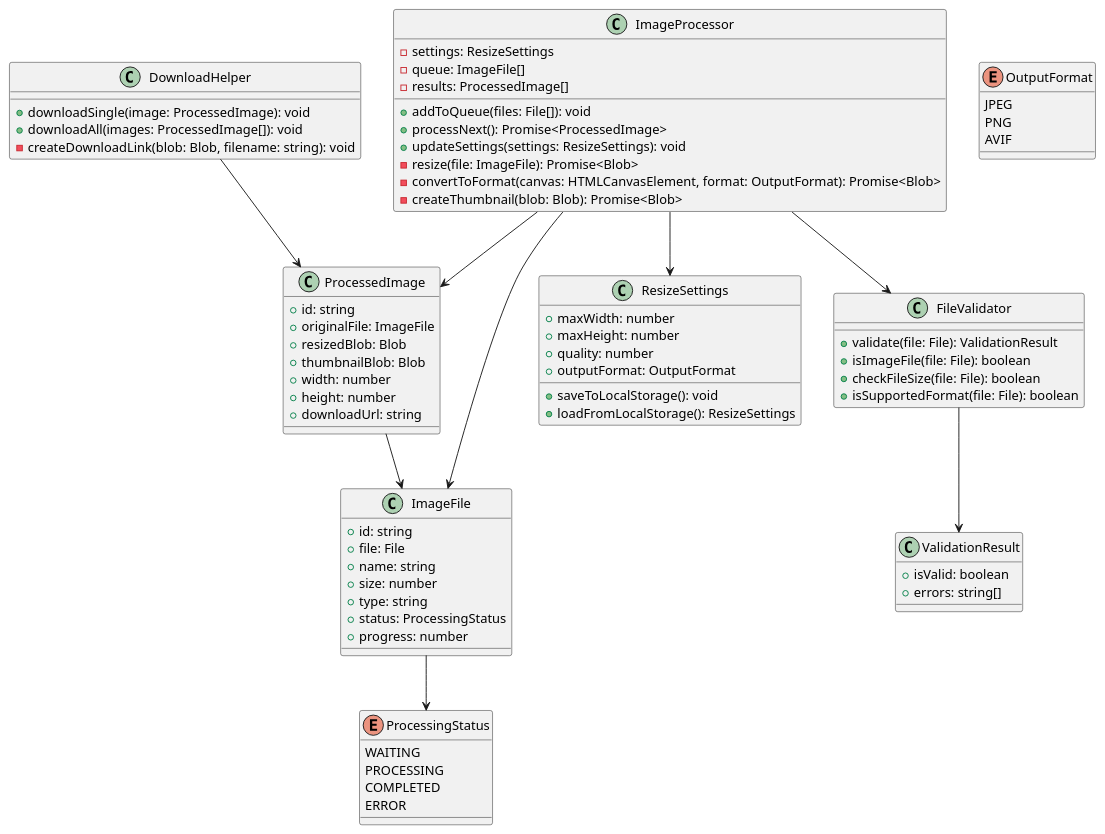
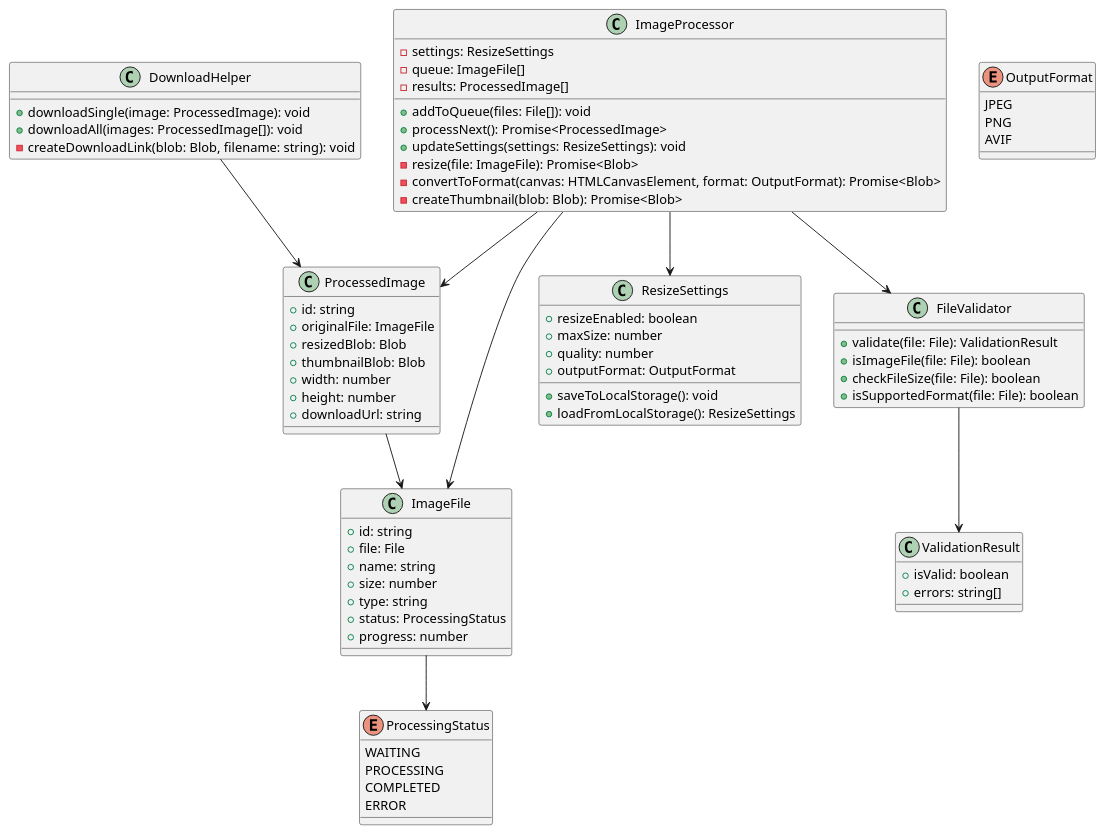
Before and after one commit to noricha-vr/image-resizer: the fourth of 9 diagrams in docs/image-resizer-design.md, drawn with PlantUML. The commit also changed other lines of this file and 4 other files, not shown here.

```diff
--- a/docs/image-resizer-design.md
+++ b/docs/image-resizer-design.md
@@ -280,8 +282,8 @@
 }
 
 class ResizeSettings {
-    +maxWidth: number
-    +maxHeight: number
+    +resizeEnabled: boolean
+    +maxSize: number
     +quality: number
     +outputFormat: OutputFormat
     +saveToLocalStorage(): void
```
